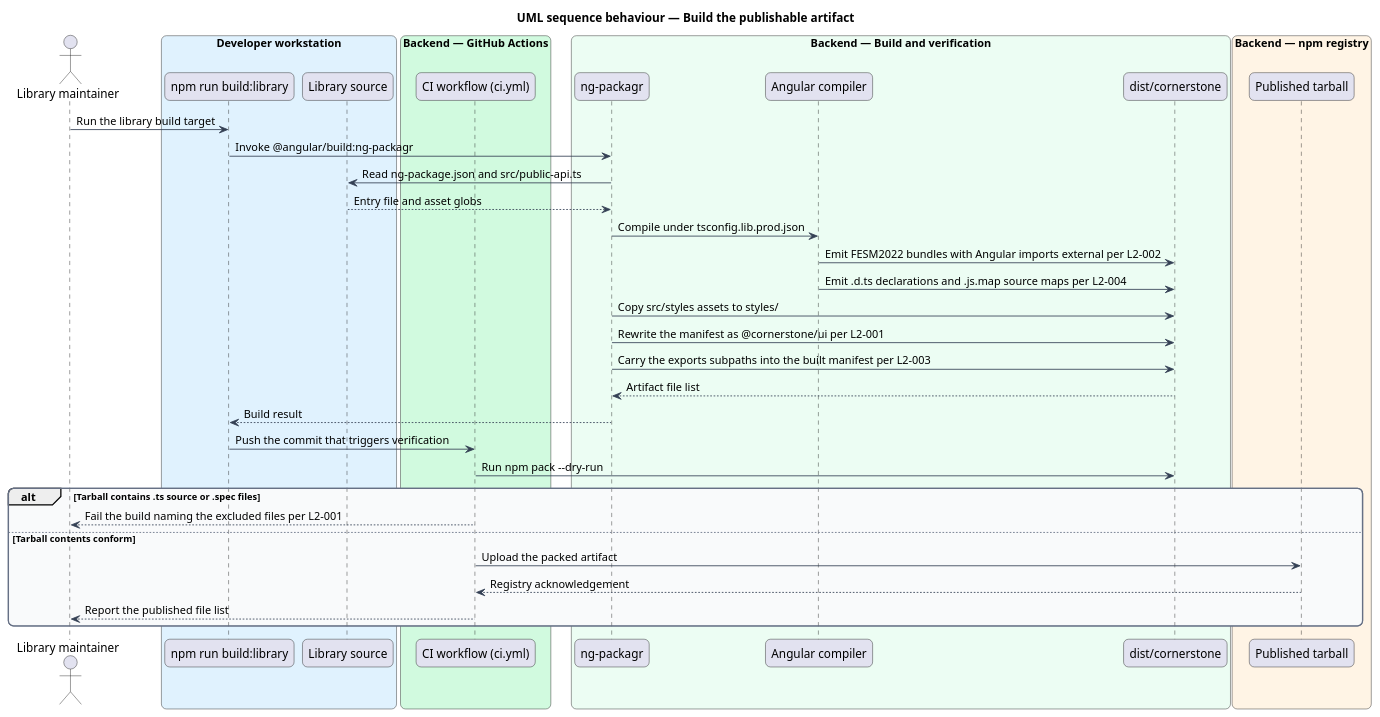
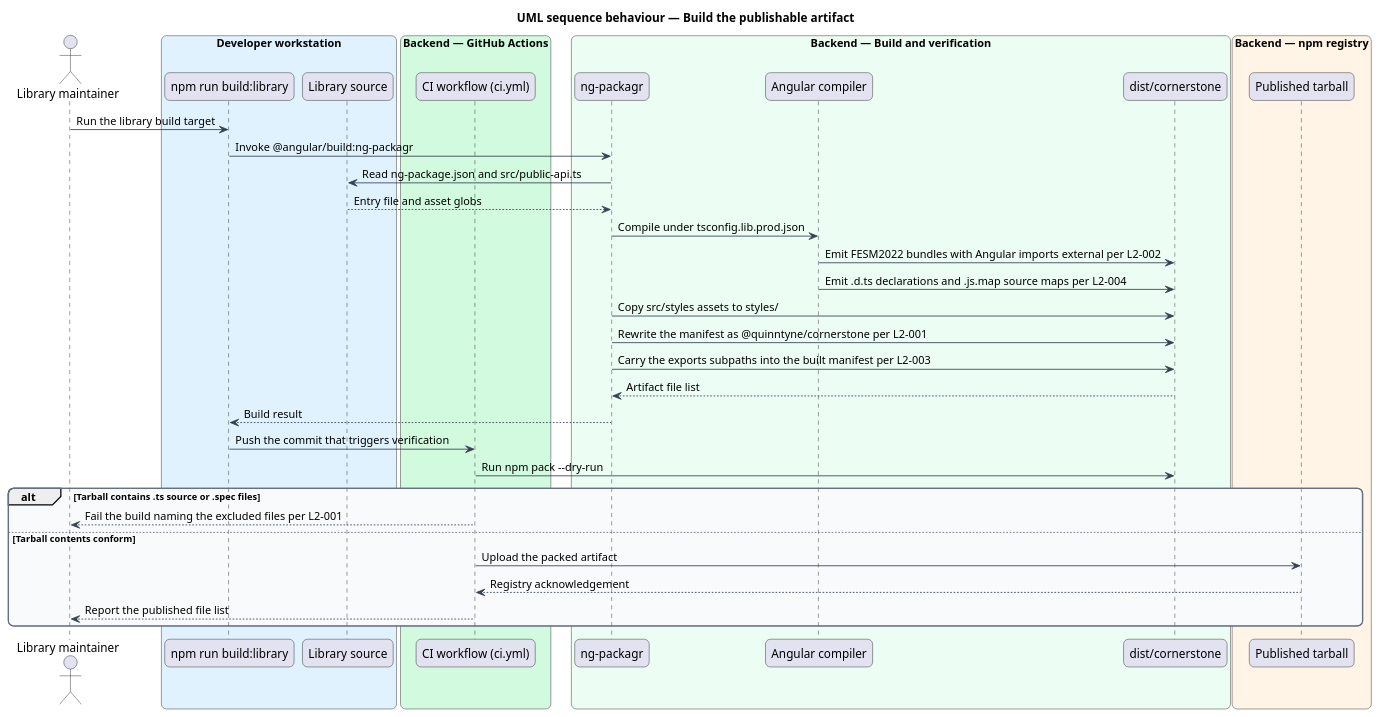
The diagram in docs/detailed-designs/delivery/build-the-package/diagrams/sequence-build-package.puml (QuinntyneBrown/Cornerstone), drawn with PlantUML before and after one commit. The commit also changed 125 other files, not shown here.

```diff
--- a/docs/detailed-designs/delivery/build-the-package/diagrams/sequence-build-package.puml
+++ b/docs/detailed-designs/delivery/build-the-package/diagrams/sequence-build-package.puml
@@ -1,57 +1,57 @@
 @startuml
 title UML sequence behaviour — Build the publishable artifact
 skinparam backgroundColor #FFFFFF
 skinparam shadowing false
 skinparam roundcorner 12
 skinparam defaultFontName Arial
 skinparam ArrowColor #344054
 skinparam rectangle {
   BorderColor #344054
   FontColor #101828
 }
 skinparam package {
   BorderColor #667085
   FontColor #101828
   BackgroundColor #F9FAFB
 }
 actor "Library maintainer" as maintainer
 box "Developer workstation" #E0F2FE
   participant "npm run build:library" as script
   participant "Library source" as source
 end box
 box "Backend — GitHub Actions" #D1FADF
   participant "CI workflow (ci.yml)" as ci
 end box
 box "Backend — Build and verification" #ECFDF3
   participant "ng-packagr" as ngpkg
   participant "Angular compiler" as tsc
   participant "dist/cornerstone" as dist
 end box
 box "Backend — npm registry" #FFF4E5
   participant "Published tarball" as tarball
 end box
 
 maintainer -> script : Run the library build target
 script -> ngpkg : Invoke @angular/build:ng-packagr
 ngpkg -> source : Read ng-package.json and src/public-api.ts
 source --> ngpkg : Entry file and asset globs
 ngpkg -> tsc : Compile under tsconfig.lib.prod.json
 tsc -> dist : Emit FESM2022 bundles with Angular imports external per L2-002
 tsc -> dist : Emit .d.ts declarations and .js.map source maps per L2-004
 ngpkg -> dist : Copy src/styles assets to styles/
-ngpkg -> dist : Rewrite the manifest as @cornerstone/ui per L2-001
+ngpkg -> dist : Rewrite the manifest as @quinntyne/cornerstone per L2-001
 ngpkg -> dist : Carry the exports subpaths into the built manifest per L2-003
 dist --> ngpkg : Artifact file list
 ngpkg --> script : Build result
 
 script -> ci : Push the commit that triggers verification
 ci -> dist : Run npm pack --dry-run
 
 alt Tarball contains .ts source or .spec files
   ci --> maintainer : Fail the build naming the excluded files per L2-001
 else Tarball contents conform
   ci -> tarball : Upload the packed artifact
   tarball --> ci : Registry acknowledgement
   ci --> maintainer : Report the published file list
 end
 @enduml
```
